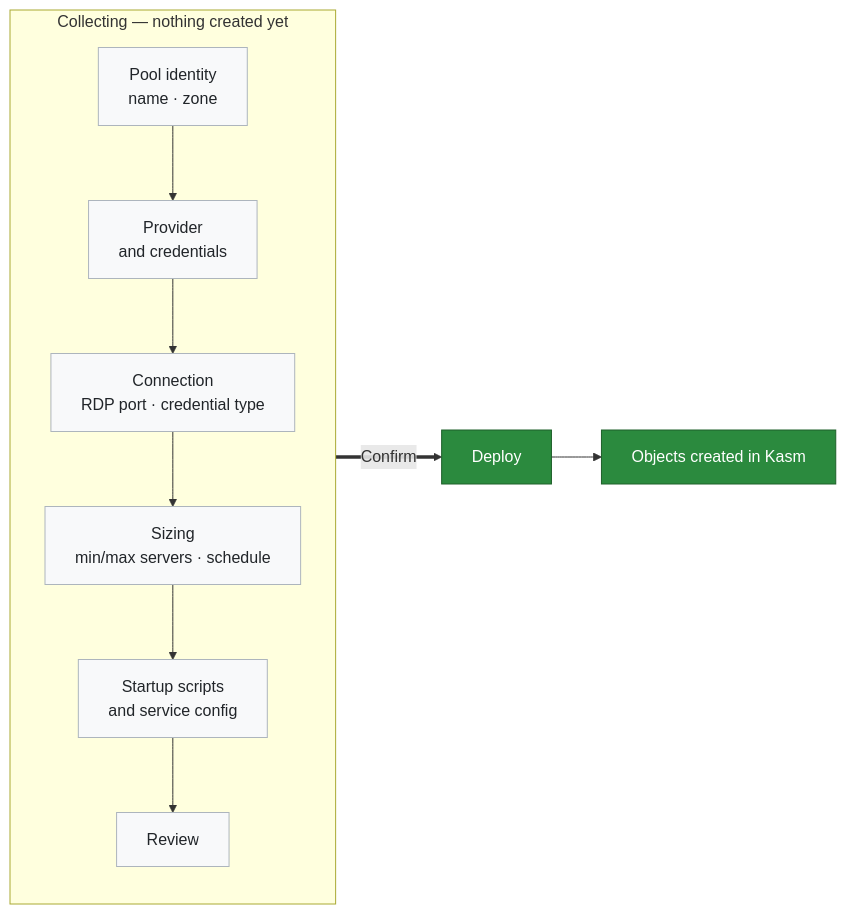
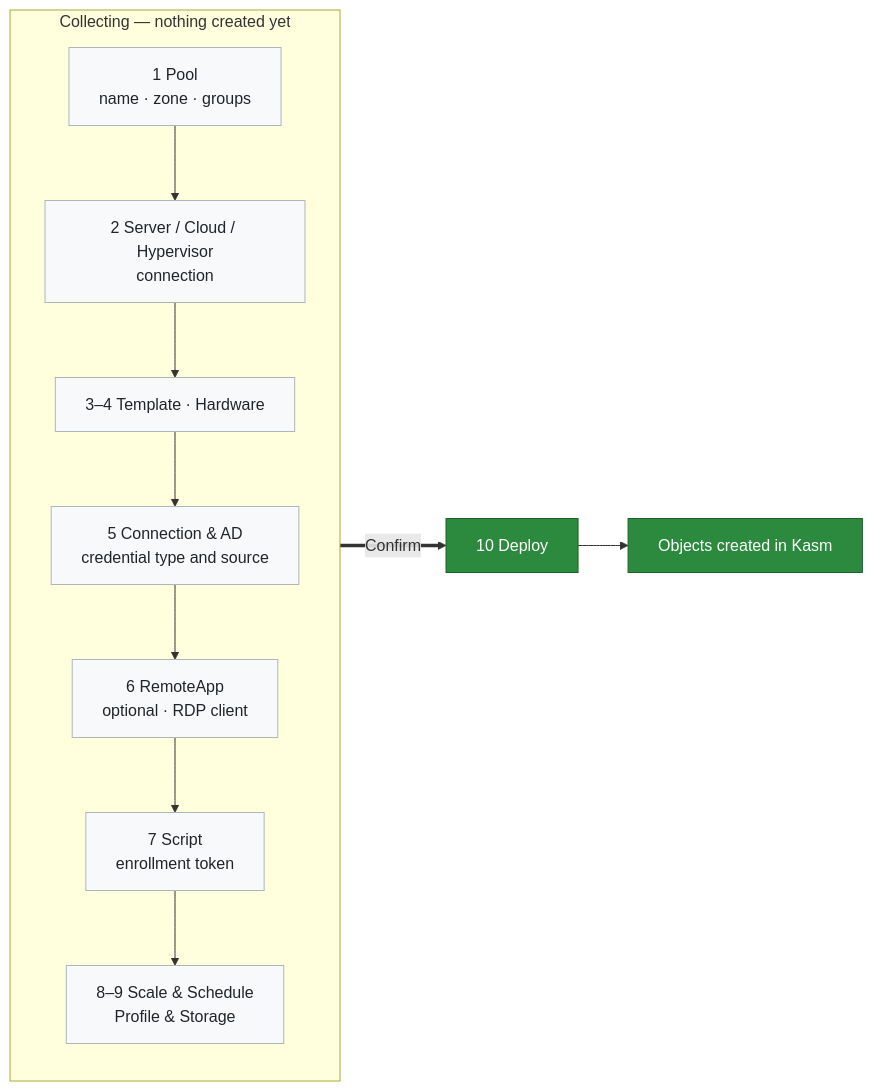
One commit to KasmInnovation/Kasm-windows-studio changed the diagram in diagrams/wizard-stages.mmd. Above: the diagram before and after it, drawn with Mermaid. The commit also changed 8 other files, not shown here.

```diff
--- a/diagrams/wizard-stages.mmd
+++ b/diagrams/wizard-stages.mmd
@@ -1,19 +1,20 @@
 flowchart LR
     subgraph Collect["Collecting — nothing created yet"]
         direction TB
-        S1["Pool identity<br/>name · zone"]
-        S2["Provider<br/>and credentials"]
-        S3["Connection<br/>RDP port · credential type"]
-        S4["Sizing<br/>min/max servers · schedule"]
-        S5["Startup scripts<br/>and service config"]
-        S6["Review"]
-        S1 --> S2 --> S3 --> S4 --> S5 --> S6
+        S1["1 Pool<br/>name · zone · groups"]
+        S2["2 Server / Cloud / Hypervisor<br/>connection"]
+        S3["3–4 Template · Hardware"]
+        S4["5 Connection & AD<br/>credential type and source"]
+        S5["6 RemoteApp<br/>optional · RDP client"]
+        S6["7 Script<br/>enrollment token"]
+        S7["8–9 Scale & Schedule<br/>Profile & Storage"]
+        S1 --> S2 --> S3 --> S4 --> S5 --> S6 --> S7
     end
 
-    S6 ==>|"Confirm"| D["Deploy"]
+    S7 ==>|"Confirm"| D["10 Deploy"]
     D --> K["Objects created in Kasm"]
 
     classDef c fill:#f8f9fa,stroke:#adb5bd,color:#212529;
     classDef d fill:#2b8a3e,stroke:#1e602a,color:#ffffff;
-    class S1,S2,S3,S4,S5,S6 c;
+    class S1,S2,S3,S4,S5,S6,S7 c;
     class D,K d;
```
